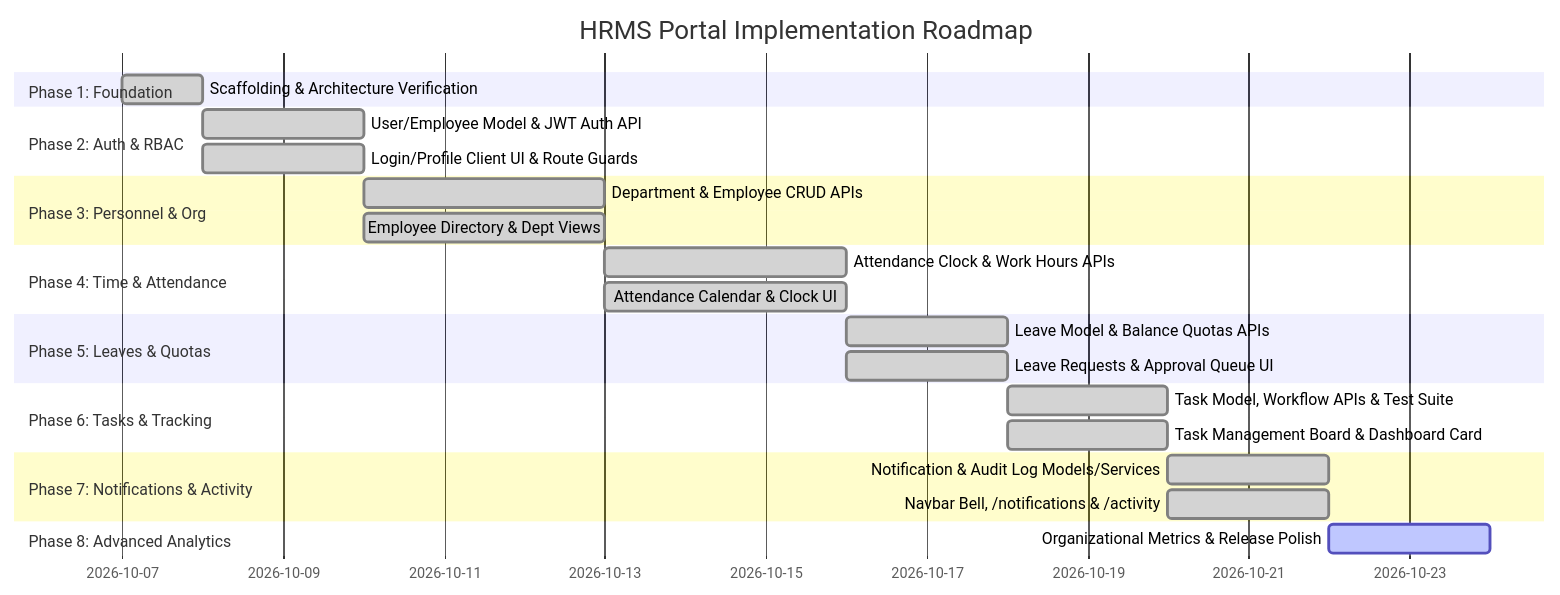
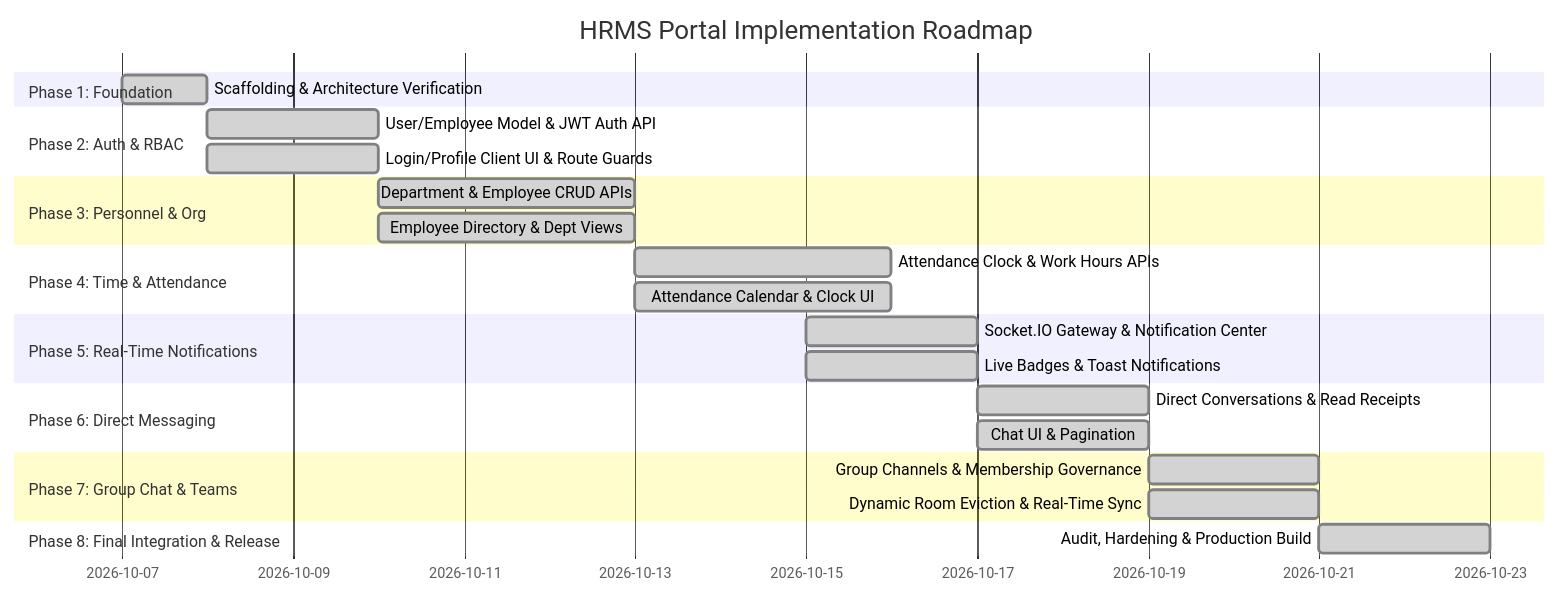
Before and after one commit to Arshad-010/HRMS-portal: the third of 3 diagrams in docs/ARCHITECTURE.md, drawn with Mermaid. The commit also changed other lines of this file and 85 other files, not shown here.

````diff
--- a/docs/ARCHITECTURE.md
+++ b/docs/ARCHITECTURE.md
@@ -490,27 +652,27 @@
 ```mermaid
 gantt
     title HRMS Portal Implementation Roadmap
     dateFormat  YYYY-MM-DD
     section Phase 1: Foundation
     Scaffolding & Architecture Verification  :done, p1, 2026-10-07, 1d
     section Phase 2: Auth & RBAC
     User/Employee Model & JWT Auth API       :done, p2_1, 2026-10-08, 2d
     Login/Profile Client UI & Route Guards   :done, p2_2, 2026-10-08, 2d
     section Phase 3: Personnel & Org
     Department & Employee CRUD APIs          :done, p3_1, 2026-10-10, 3d
     Employee Directory & Dept Views          :done, p3_2, 2026-10-10, 3d
     section Phase 4: Time & Attendance
     Attendance Clock & Work Hours APIs       :done, p4_1, 2026-10-13, 3d
     Attendance Calendar & Clock UI           :done, p4_2, 2026-10-13, 3d
-    section Phase 5: Leaves & Quotas
-    Leave Model & Balance Quotas APIs        :done, p5_1, 2026-10-16, 2d
-    Leave Requests & Approval Queue UI       :done, p5_2, 2026-10-16, 2d
-    section Phase 6: Tasks & Tracking
-    Task Model, Workflow APIs & Test Suite   :done, p6_1, 2026-10-18, 2d
-    Task Management Board & Dashboard Card   :done, p6_2, 2026-10-18, 2d
-    section Phase 7: Notifications & Activity
-    Notification & Audit Log Models/Services :done, p7_1, 2026-10-20, 2d
-    Navbar Bell, /notifications & /activity  :done, p7_2, 2026-10-20, 2d
-    section Phase 8: Advanced Analytics
-    Organizational Metrics & Release Polish  :active, p8, 2026-10-22, 2d
+    section Phase 5: Real-Time Notifications
+    Socket.IO Gateway & Notification Center  :done, p5_1, 2026-10-15, 2d
+    Live Badges & Toast Notifications        :done, p5_2, 2026-10-15, 2d
+    section Phase 6: Direct Messaging
+    Direct Conversations & Read Receipts     :done, p6_1, 2026-10-17, 2d
+    Chat UI & Pagination                     :done, p6_2, 2026-10-17, 2d
+    section Phase 7: Group Chat & Teams
+    Group Channels & Membership Governance   :done, p7_1, 2026-10-19, 2d
+    Dynamic Room Eviction & Real-Time Sync   :done, p7_2, 2026-10-19, 2d
+    section Phase 8: Final Integration & Release
+    Audit, Hardening & Production Build      :done, p8, 2026-10-21, 2d
 ```
````
